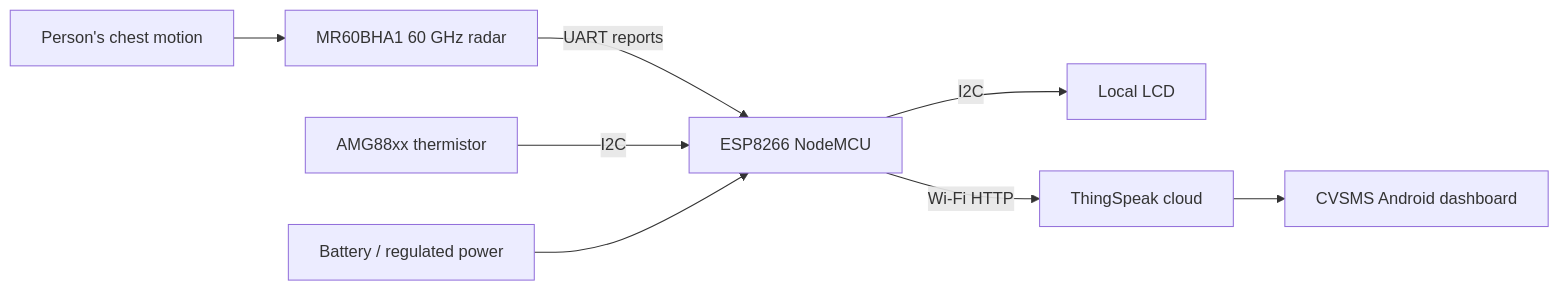
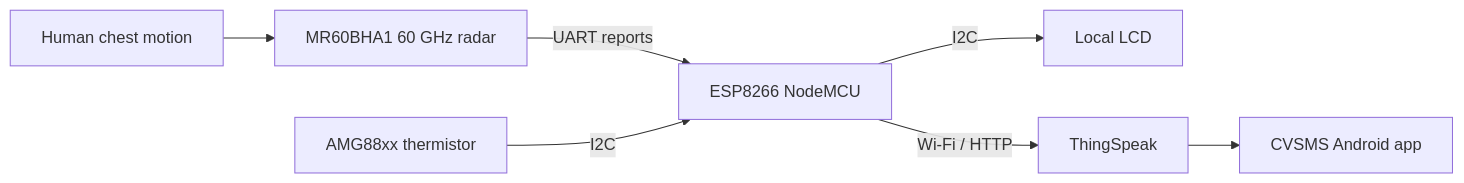
One commit to sahasimanta/contactless-vital-sign-monitoring-fmcw-radar-CVSMS- changed the diagram in README.md. Above: the diagram before and after it, drawn with Mermaid. The commit also changed other lines of this file and 24 other files, not shown here.

````diff
--- a/README.md
+++ b/README.md
@@ -53,10 +37,9 @@
 ```mermaid
 flowchart LR
-    H[Person's chest motion] --> R[MR60BHA1 60 GHz radar]
-    R -->|UART reports| M[ESP8266 NodeMCU]
-    T[AMG88xx thermistor] -->|I2C| M
-    M -->|I2C| L[Local LCD]
-    M -->|Wi-Fi HTTP| C[ThingSpeak cloud]
-    C --> A[CVSMS Android dashboard]
-    P[Battery / regulated power] --> M
+    Human[Human chest motion] --> Radar[MR60BHA1 60 GHz radar]
+    Radar -->|UART reports| MCU[ESP8266 NodeMCU]
+    Temp[AMG88xx thermistor] -->|I2C| MCU
+    MCU -->|I2C| LCD[Local LCD]
+    MCU -->|Wi-Fi / HTTP| Cloud[ThingSpeak]
+    Cloud --> App[CVSMS Android app]
 ```
````
